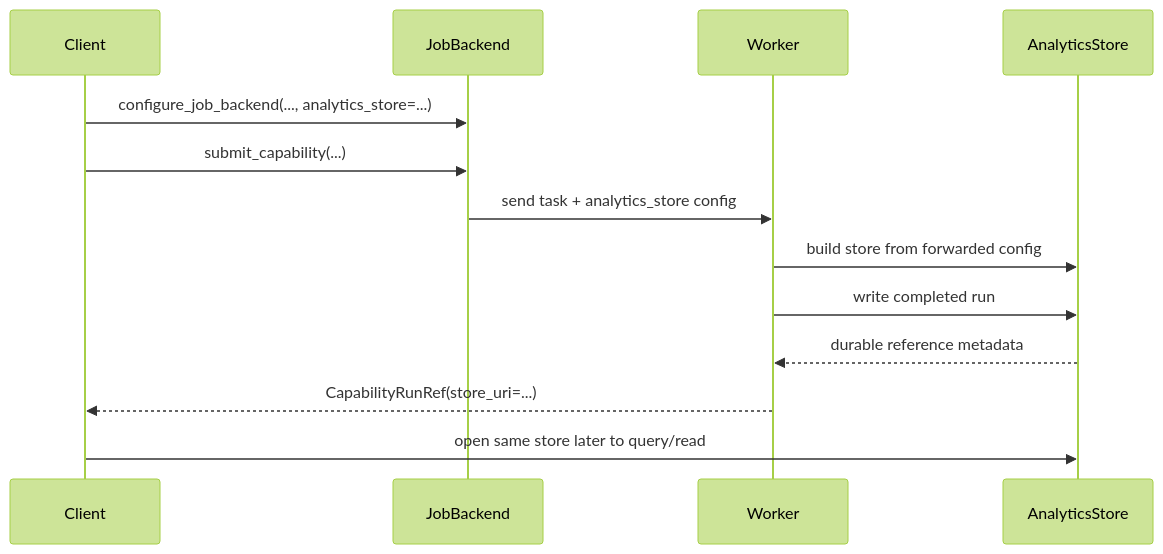
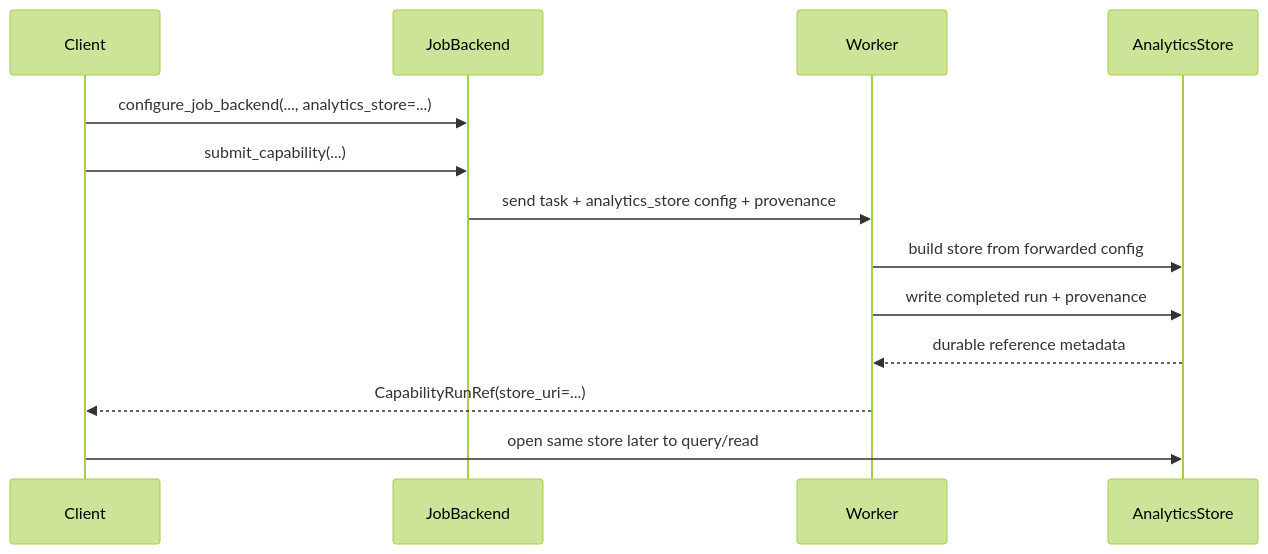
One commit to openteams-ai/checkmaite changed the diagram in docs/development/job_submission/analytics_store.md. Above: the diagram before and after it, drawn with Mermaid (forest theme). The commit also changed other lines of this file and 24 other files, not shown here.

Commit message:
Add provenance to analytics run history

````diff
--- a/docs/development/job_submission/analytics_store.md
+++ b/docs/development/job_submission/analytics_store.md
@@ -50,16 +51,16 @@
 ```mermaid
 sequenceDiagram
     participant Client
     participant JobBackend as JobBackend
     participant Worker
     participant Store as AnalyticsStore
 
     Client->>JobBackend: configure_job_backend(..., analytics_store=...)
     Client->>JobBackend: submit_capability(...)
-    JobBackend->>Worker: send task + analytics_store config
+    JobBackend->>Worker: send task + analytics_store config + provenance
     Worker->>Store: build store from forwarded config
-    Worker->>Store: write completed run
+    Worker->>Store: write completed run + provenance
     Store-->>Worker: durable reference metadata
     Worker-->>Client: CapabilityRunRef(store_uri=...)
     Client->>Store: open same store later to query/read
 ```
````
